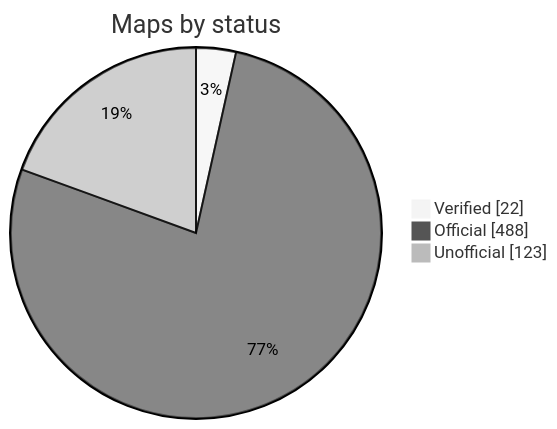
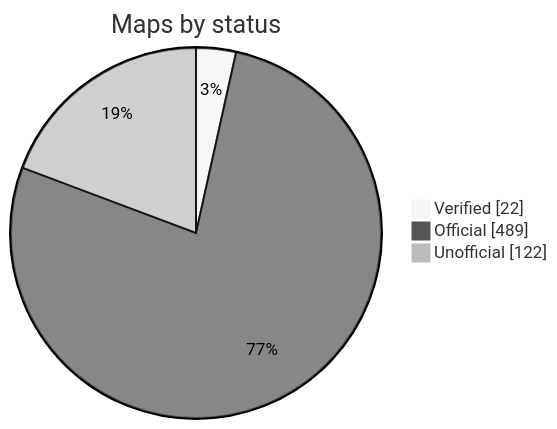
One commit to nobrega8/mbmap-library changed the diagram in README.md. Above: the diagram before and after it, drawn with Mermaid (neutral theme). The commit also changed 6 other files, not shown here.

````diff
--- a/README.md
+++ b/README.md
@@ -52,7 +52,7 @@
 ```mermaid
 pie showData
     title Maps by status
     "Verified" : 22
-    "Official" : 488
-    "Unofficial" : 123
+    "Official" : 489
+    "Unofficial" : 122
 ```
````
